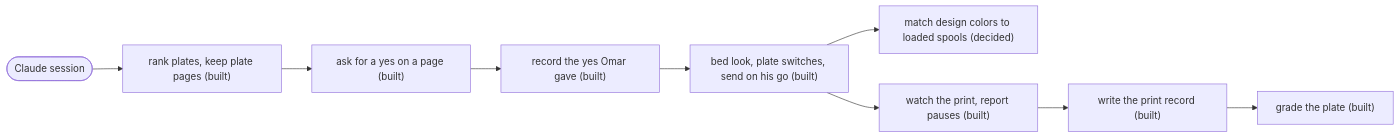
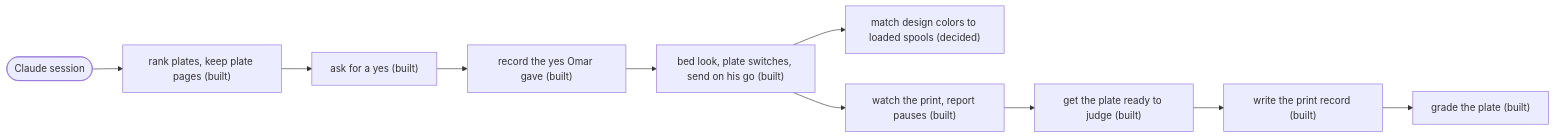
The sixth of 11 diagrams in docs/design/process/users-and-surfaces-design.md (omars-lab/3d-models), drawn with Mermaid before and after one commit. The commit also changed other lines of this file and 7 other files, not shown here.

````diff
--- a/docs/design/process/users-and-surfaces-design.md
+++ b/docs/design/process/users-and-surfaces-design.md
@@ -271,11 +381,12 @@
 ```mermaid
 flowchart LR
   s(["Claude session"]) --> s1["rank plates, keep plate pages (built)"]
-  s1 --> s2["ask for a yes on a page (built)"]
+  s1 --> s2["ask for a yes (built)"]
   s2 --> s3["record the yes Omar gave (built)"]
   s3 --> s4["bed look, plate switches, send on his go (built)"]
   s4 --> s4b["match design colors to loaded spools (decided)"]
   s4 --> s5["watch the print, report pauses (built)"]
-  s5 --> s6["write the print record (built)"]
+  s5 --> s5b["get the plate ready to judge (built)"]
+  s5b --> s6["write the print record (built)"]
   s6 --> s7["grade the plate (built)"]
 ```
````
